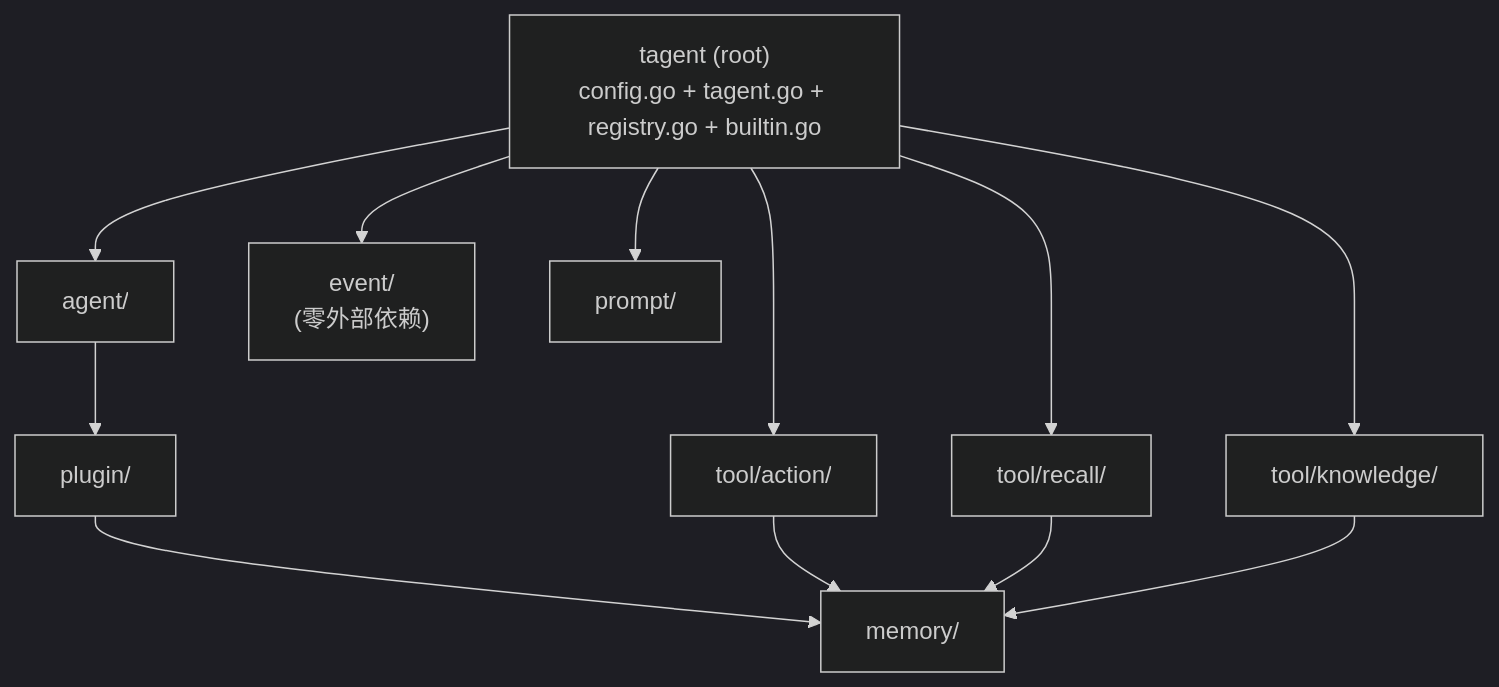
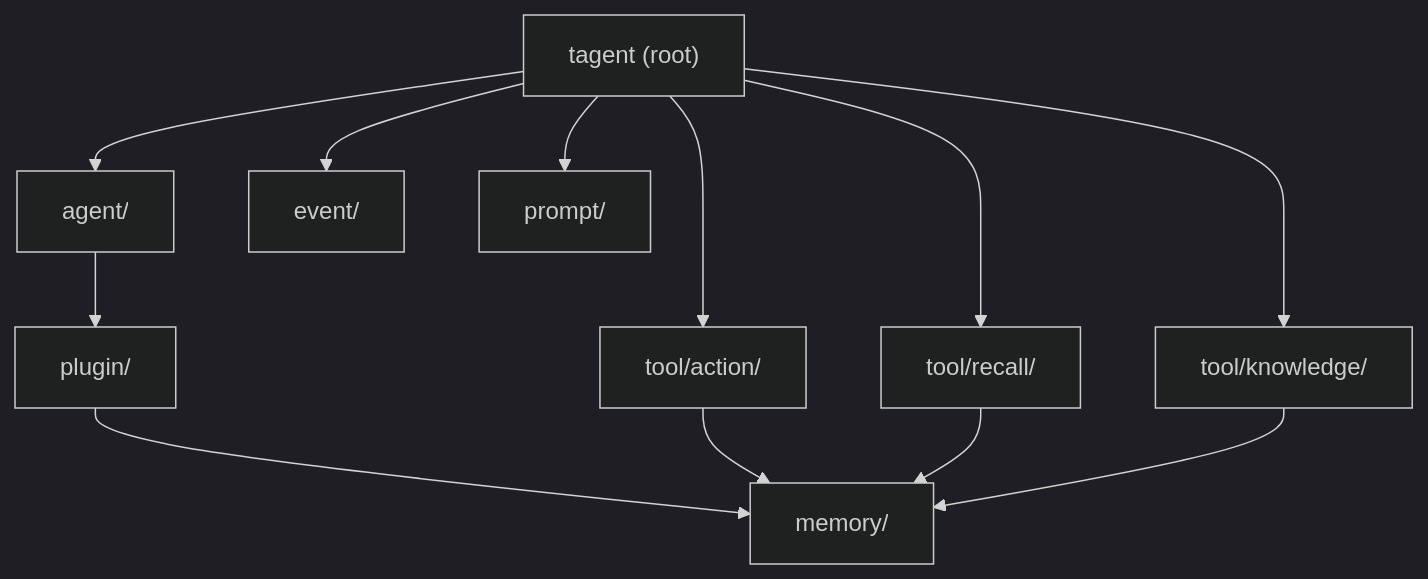
Before and after one commit to SpellingDragon/tagent: the third of 9 diagrams in README.md, drawn with Mermaid (dark theme). The commit also changed other lines of this file and 320 other files, not shown here.

````diff
--- a/README.md
+++ b/README.md
@@ -188,24 +154,14 @@
 ```mermaid
 graph TD
-    ROOT["tagent (root)<br/>config.go + tagent.go + registry.go + builtin.go"]
-    AGENT["agent/"]
-    PLUGIN["plugin/"]
-    MEMORY["memory/"]
-    CMD["tool/action/"]
-    RECALL["tool/recall/"]
-    KNOW["tool/knowledge/"]
-    EVENT["event/<br/>(零外部依赖)"]
-    PROMPT["prompt/"]
-
-    ROOT --> AGENT
-    AGENT --> PLUGIN
-    PLUGIN --> MEMORY
-    ROOT --> CMD
-    ROOT --> RECALL
-    ROOT --> KNOW
+    ROOT["tagent (root)"] --> AGENT["agent/"]
+    ROOT --> CMD["tool/action/"]
+    ROOT --> RECALL["tool/recall/"]
+    ROOT --> KNOW["tool/knowledge/"]
+    ROOT --> EVENT["event/"]
+    ROOT --> PROMPT["prompt/"]
+    AGENT --> PLUGIN["plugin/"]
+    PLUGIN --> MEMORY["memory/"]
     CMD --> MEMORY
     RECALL --> MEMORY
     KNOW --> MEMORY
-    ROOT --> EVENT
-    ROOT --> PROMPT
 ```
````
